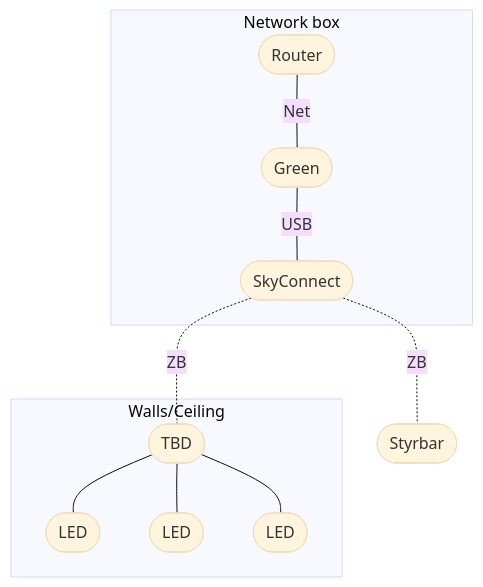
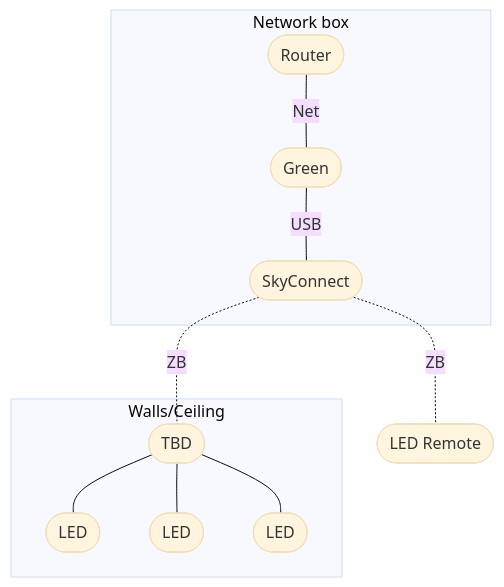
Before and after one commit to freenandes/topo-da-mente: the diagram in content/note/connected-home-switches.md, drawn with Mermaid (base theme). The commit also changed other lines of this file and 1 other file, not shown here.

````diff
--- a/content/note/connected-home-switches.md
+++ b/content/note/connected-home-switches.md
@@ -52,15 +54,15 @@
 ```mermaid
 flowchart TB
 subgraph nwb[Network box]
     iro([Router]) --Net---
     has([Green]) --USB---
     sky([SkyConnect])
 end
-sky -.ZB.- rem([Styrbar])
+sky -.ZB.- rem([LED Remote])
 subgraph con[Walls/Ceiling]
     dsw([TBD]) --- ll1([LED])
     dsw --- ll2([LED])
     dsw --- ll3([LED])
 end 
 sky -.ZB.- dsw
 ```
````
